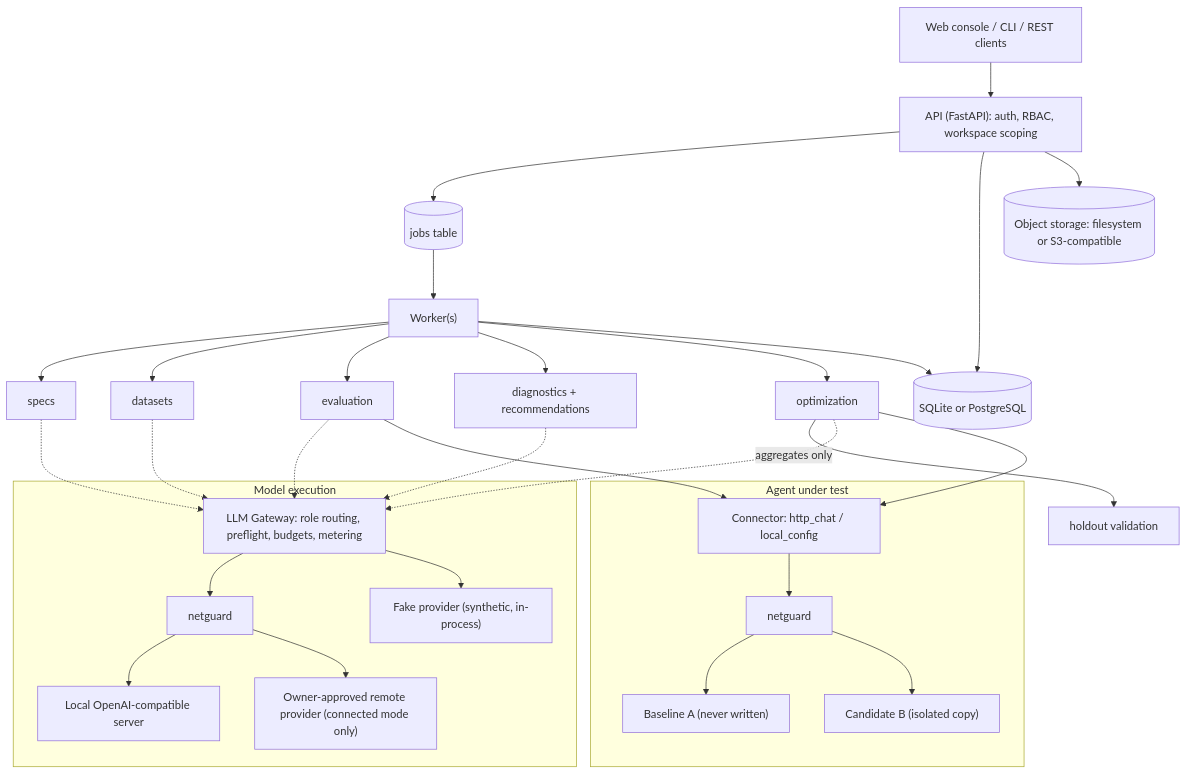
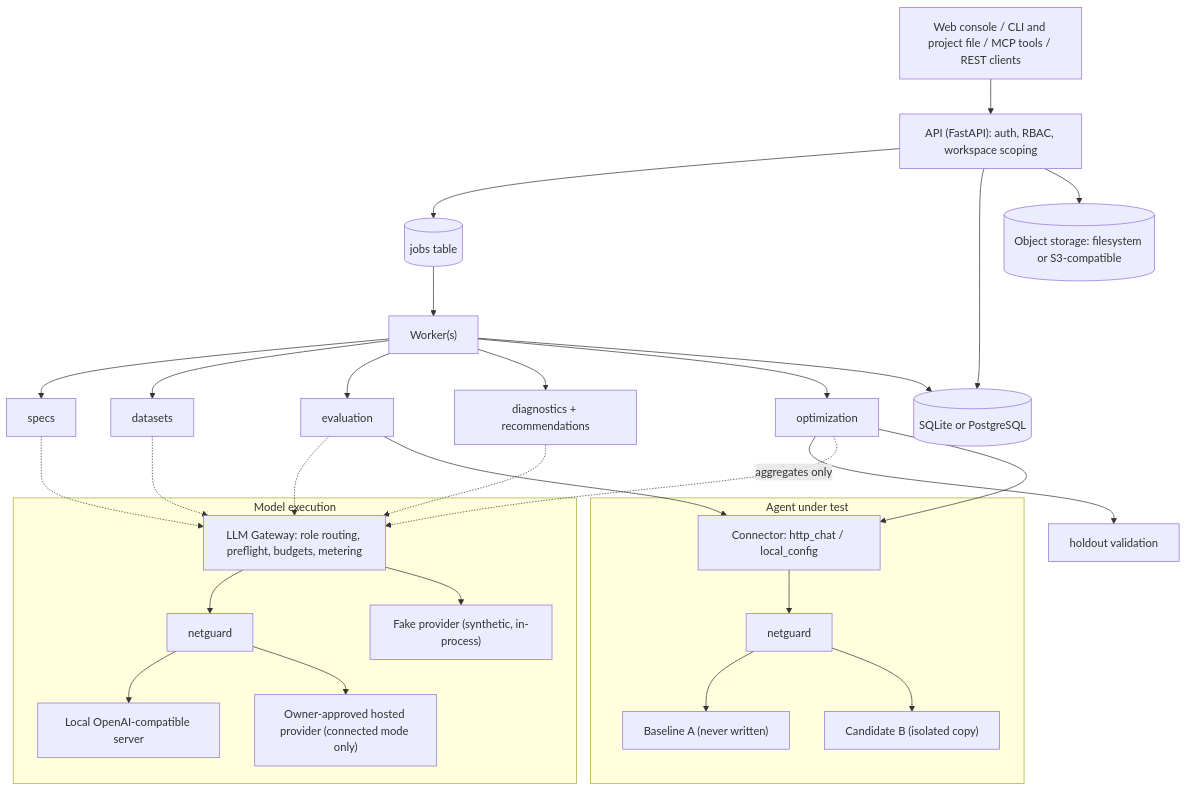
The diagram in docs/ARCHITECTURE.md (abdullahahmed94/kaizeval), drawn with Mermaid before and after one commit. The commit also changed 6 other files, not shown here.

First line of the commit message:
Docs: bring diagrams, install steps and feature list up to date

````diff
--- a/docs/ARCHITECTURE.md
+++ b/docs/ARCHITECTURE.md
@@ -7,34 +7,34 @@
 ```mermaid
 flowchart TB
-  UI["Web console / CLI / REST clients"] --> API["API (FastAPI): auth, RBAC, workspace scoping"]
+  UI["Web console / CLI and project file / MCP tools / REST clients"] --> API["API (FastAPI): auth, RBAC, workspace scoping"]
   API --> JOBS[("jobs table")]
   JOBS --> WORKER["Worker(s)"]
   WORKER --> SPEC["specs"]
   WORKER --> DATA["datasets"]
   WORKER --> EVAL["evaluation"]
   WORKER --> DIAG["diagnostics + recommendations"]
   WORKER --> OPT["optimization"]
   OPT -->|aggregates only| HOLD["holdout validation"]
   SPEC -.-> GW
   DATA -.-> GW
   EVAL -.-> GW
   DIAG -.-> GW
   OPT -.-> GW
   subgraph MODELS["Model execution"]
     GW["LLM Gateway: role routing, preflight, budgets, metering"]
     GW --> NET1["netguard"]
     NET1 --> LOCAL["Local OpenAI-compatible server"]
-    NET1 --> BYOK["Owner-approved remote provider (connected mode only)"]
+    NET1 --> BYOK["Owner-approved hosted provider (connected mode only)"]
     GW --> FAKE["Fake provider (synthetic, in-process)"]
   end
   subgraph AGENT["Agent under test"]
     CONN["Connector: http_chat / local_config"] --> NET2["netguard"]
     NET2 --> A["Baseline A (never written)"]
     NET2 --> B["Candidate B (isolated copy)"]
   end
   EVAL --> CONN
   OPT --> CONN
   API --> DB[("SQLite or PostgreSQL")]
   WORKER --> DB
   API --> OBJ[("Object storage: filesystem or S3-compatible")]
 ```
````
